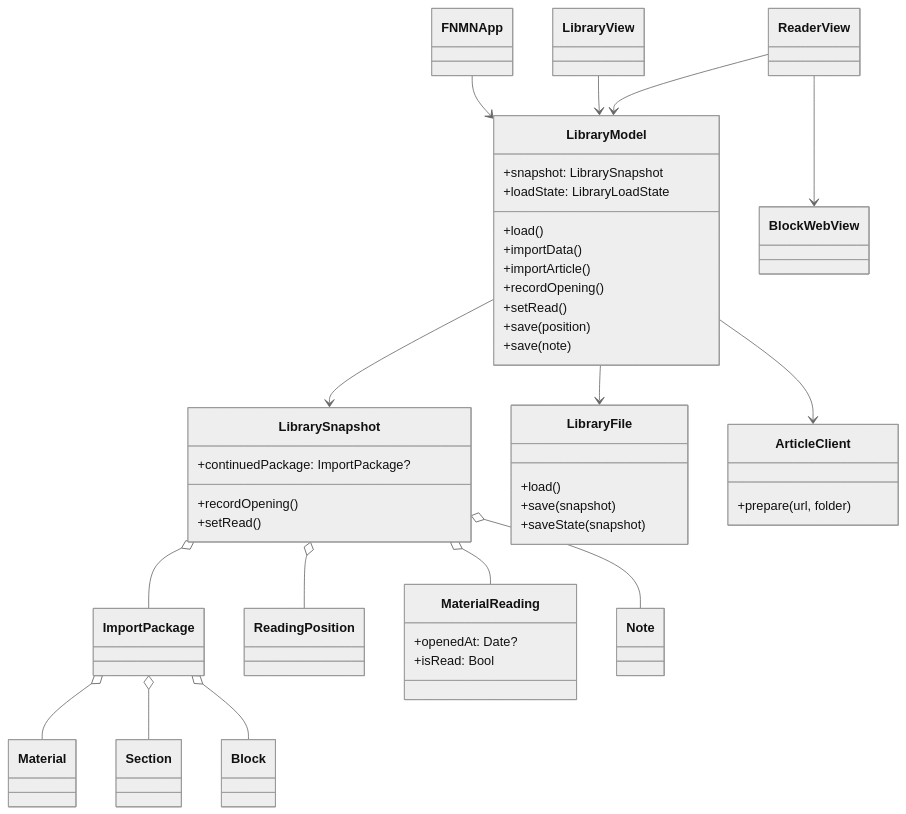
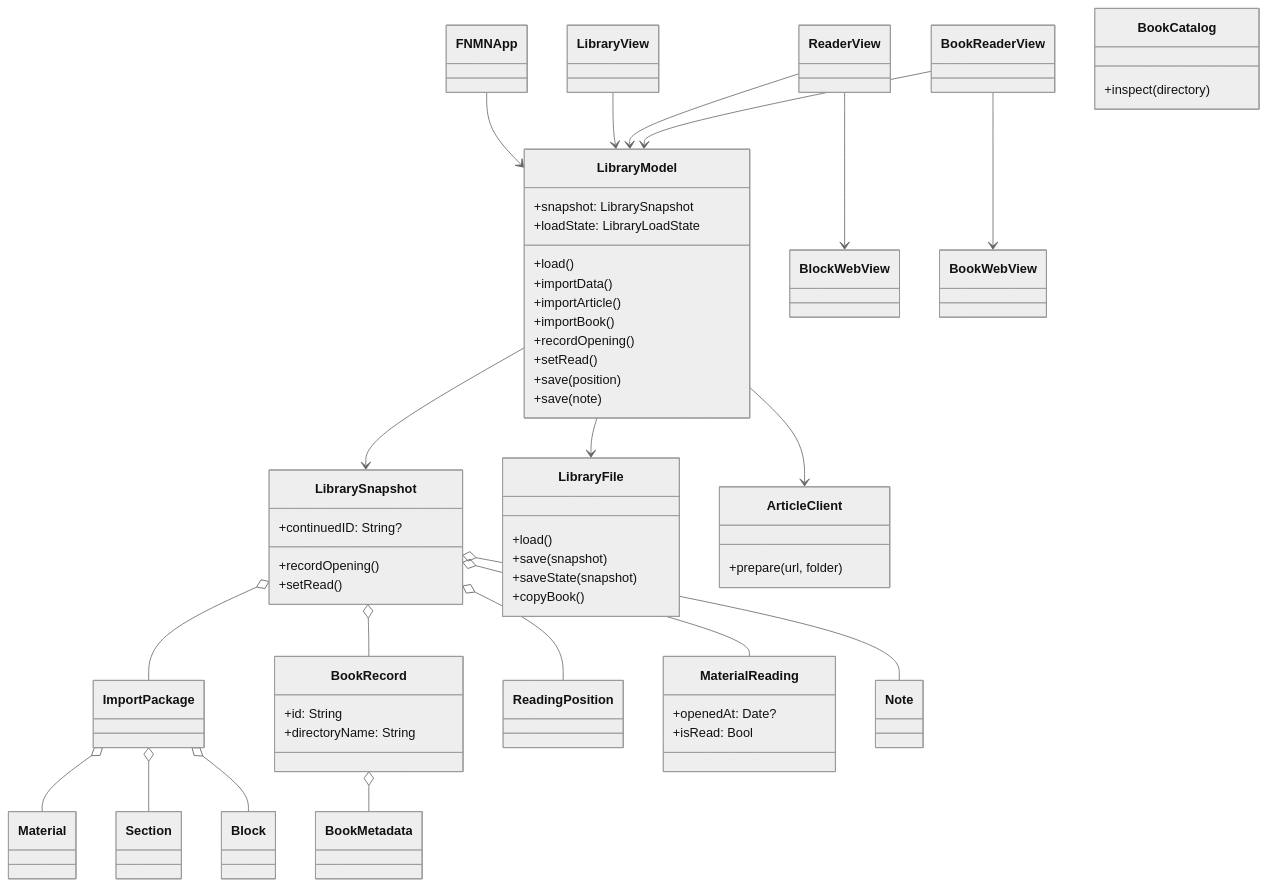
The second of 7 diagrams in APP_SPEC.md (vladkalinichencko/fnmn-app), drawn with Mermaid (neutral theme) before and after one commit. The commit also changed other lines of this file and 36 other files, not shown here.

First line of the commit message:
Import PDF book catalogs into the library reader.

````diff
--- a/APP_SPEC.md
+++ b/APP_SPEC.md
@@ -56,46 +67,59 @@
 ```mermaid
 classDiagram
     FNMNApp --> LibraryModel
     LibraryView --> LibraryModel
     ReaderView --> LibraryModel
+    BookReaderView --> LibraryModel
     LibraryModel --> LibrarySnapshot
     LibraryModel --> LibraryFile
     LibraryModel --> ArticleClient
     LibrarySnapshot o-- ImportPackage
     ImportPackage o-- Material
     ImportPackage o-- Section
     ImportPackage o-- Block
+    LibrarySnapshot o-- BookRecord
+    BookRecord o-- BookMetadata
     LibrarySnapshot o-- ReadingPosition
     LibrarySnapshot o-- MaterialReading
     LibrarySnapshot o-- Note
     ReaderView --> BlockWebView
+    BookReaderView --> BookWebView
 
     class LibraryModel {
       +snapshot: LibrarySnapshot
       +loadState: LibraryLoadState
       +load()
       +importData()
       +importArticle()
+      +importBook()
       +recordOpening()
       +setRead()
       +save(position)
       +save(note)
     }
     class LibrarySnapshot {
-      +continuedPackage: ImportPackage?
+      +continuedID: String?
       +recordOpening()
       +setRead()
+    }
+    class BookRecord {
+      +id: String
+      +directoryName: String
+    }
+    class BookCatalog {
+      +inspect(directory)
     }
     class MaterialReading {
       +openedAt: Date?
       +isRead: Bool
     }
     class LibraryFile {
       +load()
       +save(snapshot)
       +saveState(snapshot)
+      +copyBook()
     }
     class ArticleClient {
       +prepare(url, folder)
     }
 ```
````
